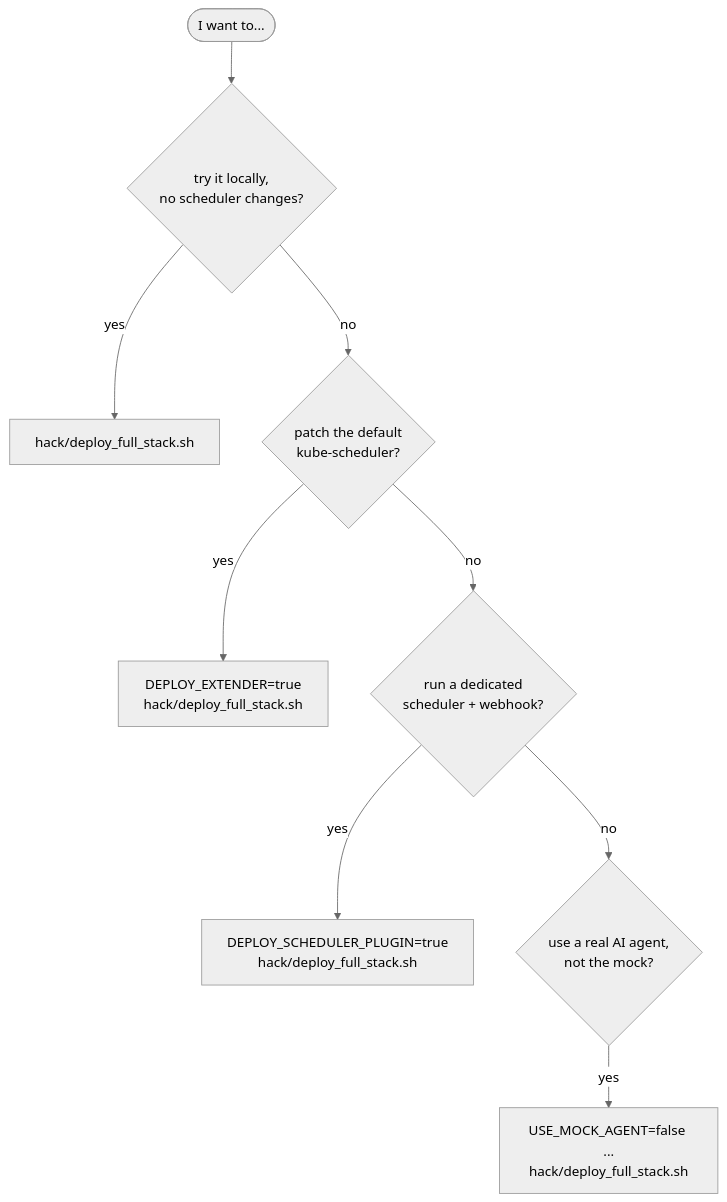
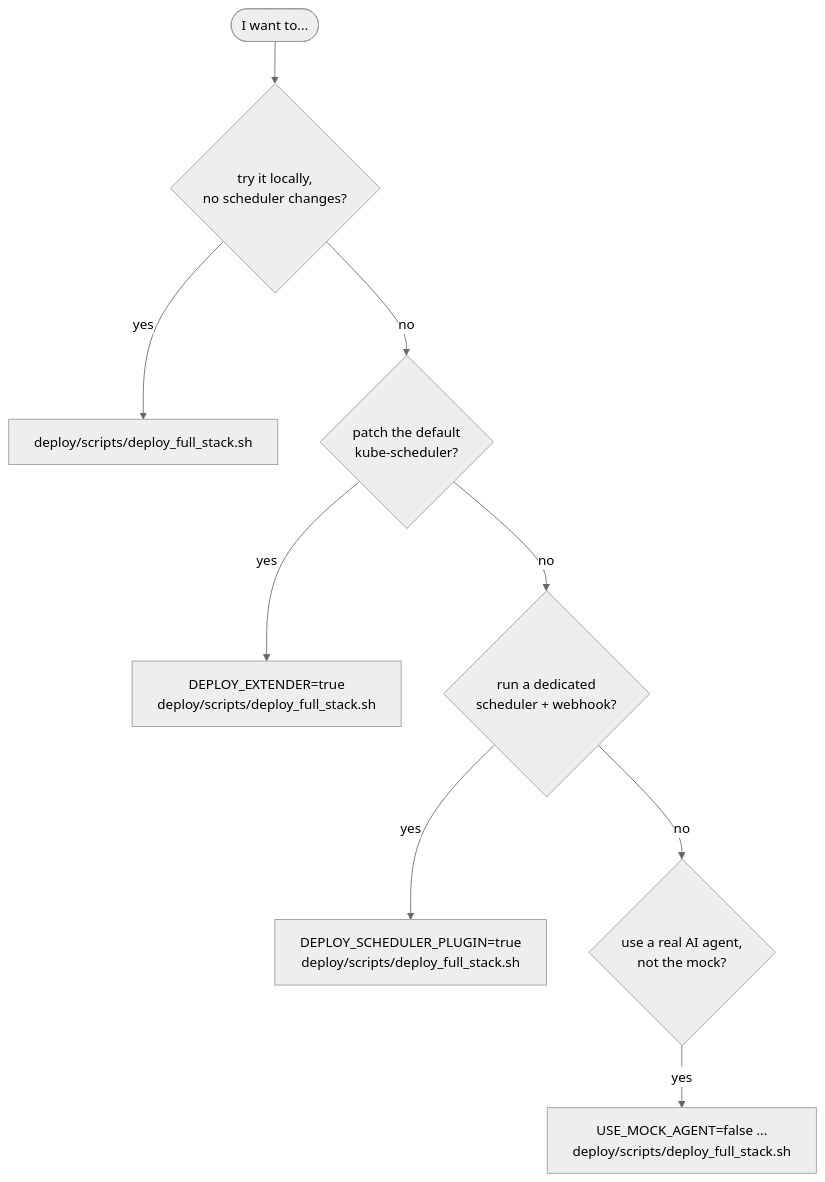
The second of 7 diagrams in docs/deployment.md (HIRO-MicroDataCenters-BV/hiro-adaptive-orchestrator), drawn with Mermaid (neutral theme) before and after one commit. The commit also changed other lines of this file and 63 other files, not shown here.

Commit message:
Move deployment scripts, mock agent and umbrella chart into deploy/; keep hack/ for dev tooling

````diff
--- a/docs/deployment.md
+++ b/docs/deployment.md
@@ -95,11 +95,11 @@
 ```mermaid
 flowchart TD
     Start(["I want to..."]) --> Q1{"try it locally,<br/>no scheduler changes?"}
-    Q1 -- yes --> C1["hack/deploy_full_stack.sh"]
+    Q1 -- yes --> C1["deploy/scripts/deploy_full_stack.sh"]
     Q1 -- no --> Q2{"patch the default<br/>kube-scheduler?"}
-    Q2 -- yes --> C2["DEPLOY_EXTENDER=true<br/>hack/deploy_full_stack.sh"]
+    Q2 -- yes --> C2["DEPLOY_EXTENDER=true<br/>deploy/scripts/deploy_full_stack.sh"]
     Q2 -- no --> Q3{"run a dedicated<br/>scheduler + webhook?"}
-    Q3 -- yes --> C3["DEPLOY_SCHEDULER_PLUGIN=true<br/>hack/deploy_full_stack.sh"]
+    Q3 -- yes --> C3["DEPLOY_SCHEDULER_PLUGIN=true<br/>deploy/scripts/deploy_full_stack.sh"]
     Q3 -- no --> Q4{"use a real AI agent,<br/>not the mock?"}
-    Q4 -- yes --> C4["USE_MOCK_AGENT=false ...<br/>hack/deploy_full_stack.sh"]
+    Q4 -- yes --> C4["USE_MOCK_AGENT=false ...<br/>deploy/scripts/deploy_full_stack.sh"]
 ```
````
